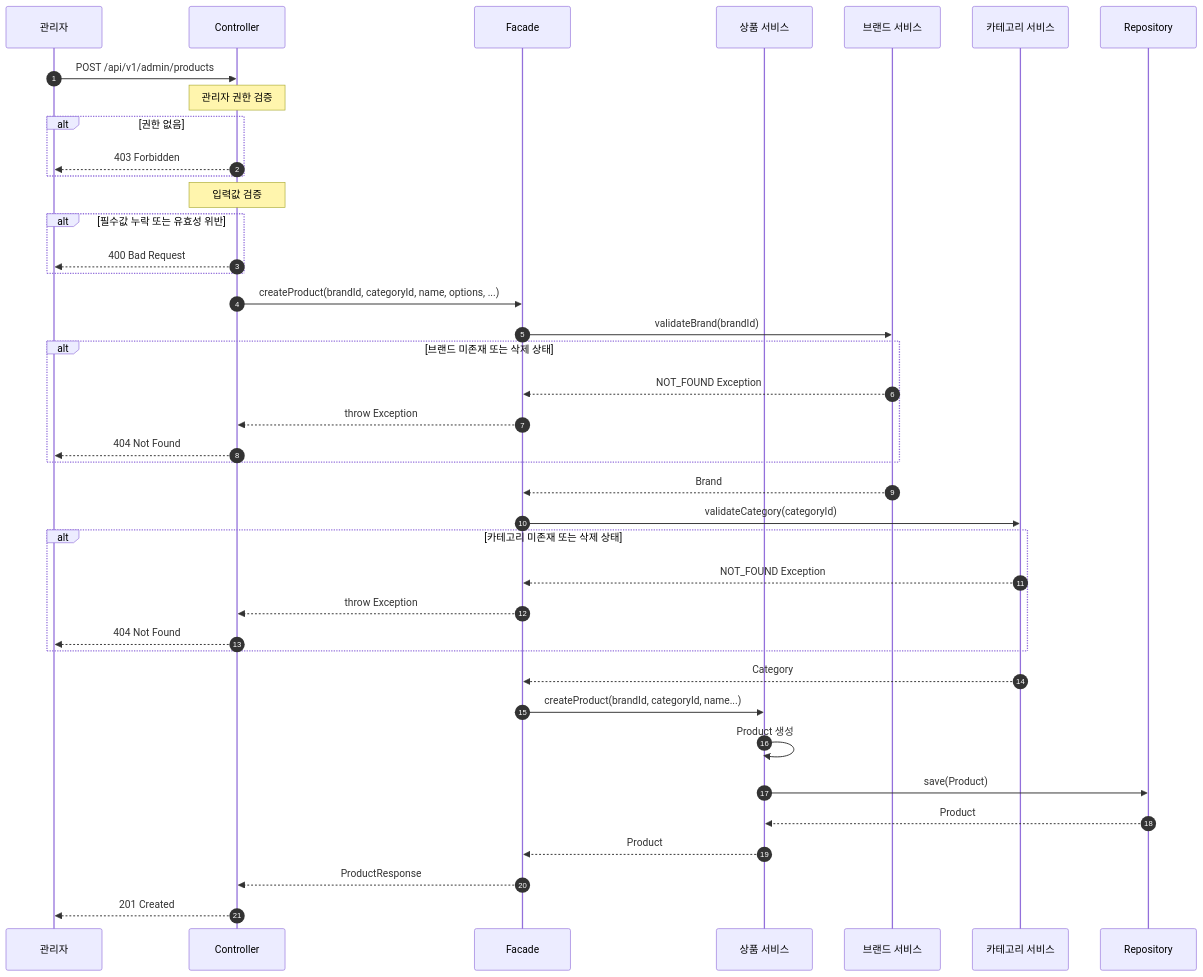
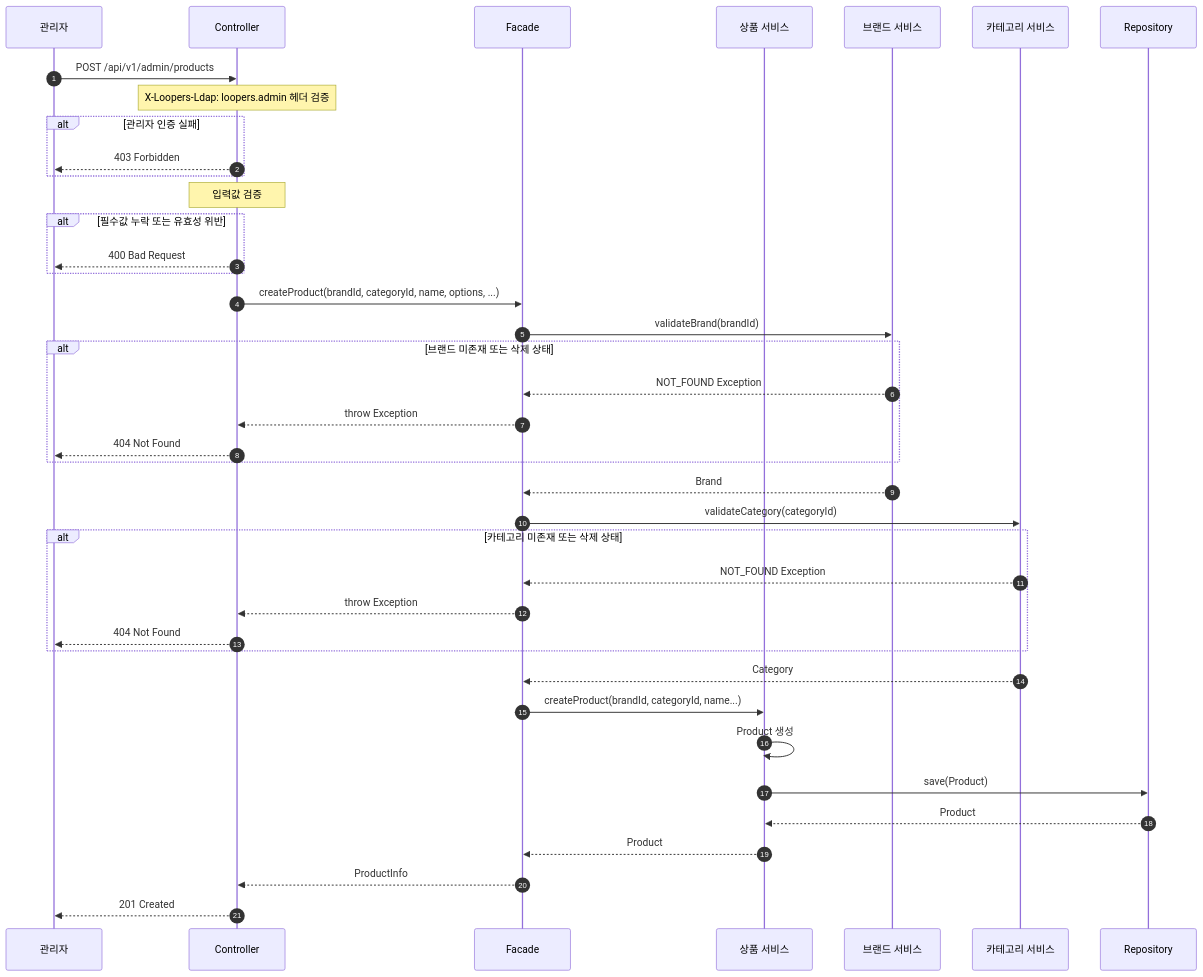
The tenth of 18 diagrams in docs/design/02-sequence-diagram.md (letter333/loop-pack-be-l2-vol3-java), drawn with Mermaid before and after one commit. The commit also changed other lines of this file and 4 other files, not shown here.

````diff
--- a/docs/design/02-sequence-diagram.md
+++ b/docs/design/02-sequence-diagram.md
@@ -354,55 +362,55 @@
 ```mermaid
 sequenceDiagram
     autonumber
     participant Admin as 관리자
     participant Controller
     participant Facade
     participant ProductService as 상품 서비스
     participant BrandService as 브랜드 서비스
     participant CategoryService as 카테고리 서비스
     participant Repository
 
     Admin->>Controller: POST /api/v1/admin/products
-    Note over Controller: 관리자 권한 검증
+    Note over Controller: X-Loopers-Ldap: loopers.admin 헤더 검증
 
-    alt 권한 없음
+    alt 관리자 인증 실패
         Controller-->>Admin: 403 Forbidden
     end
 
     Note over Controller: 입력값 검증
 
     alt 필수값 누락 또는 유효성 위반
         Controller-->>Admin: 400 Bad Request
     end
 
     Controller->>Facade: createProduct(brandId, categoryId, name, options, ...)
     Facade->>BrandService: validateBrand(brandId)
 
     alt 브랜드 미존재 또는 삭제 상태
         BrandService-->>Facade: NOT_FOUND Exception
         Facade-->>Controller: throw Exception
         Controller-->>Admin: 404 Not Found
     end
 
     BrandService-->>Facade: Brand
 
     Facade->>CategoryService: validateCategory(categoryId)
 
 
     alt 카테고리 미존재 또는 삭제 상태
         CategoryService-->>Facade: NOT_FOUND Exception
         Facade-->>Controller: throw Exception
         Controller-->>Admin: 404 Not Found
     end
 
     CategoryService-->>Facade: Category
 
     Facade->>ProductService: createProduct(brandId, categoryId, name...)
     ProductService->>ProductService: Product 생성
     ProductService->>Repository: save(Product)
     Repository-->>ProductService: Product
     ProductService-->>Facade: Product
 
-    Facade-->>Controller: ProductResponse
+    Facade-->>Controller: ProductInfo
     Controller-->>Admin: 201 Created
 ```
````
